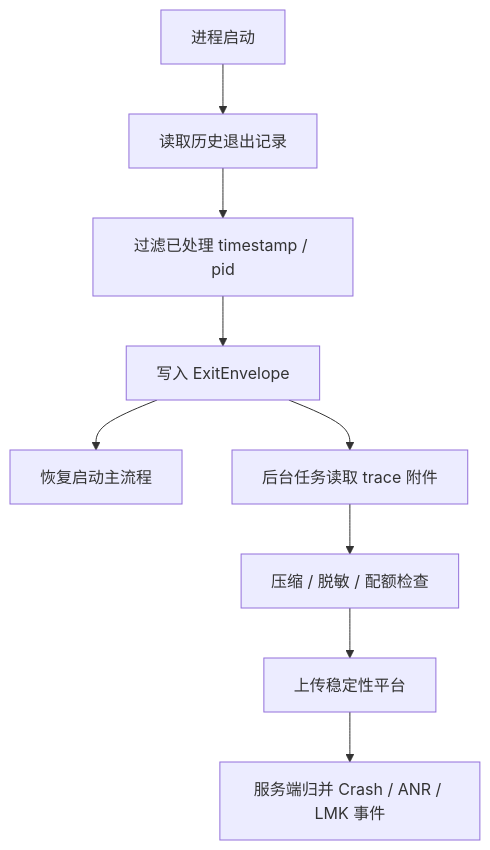
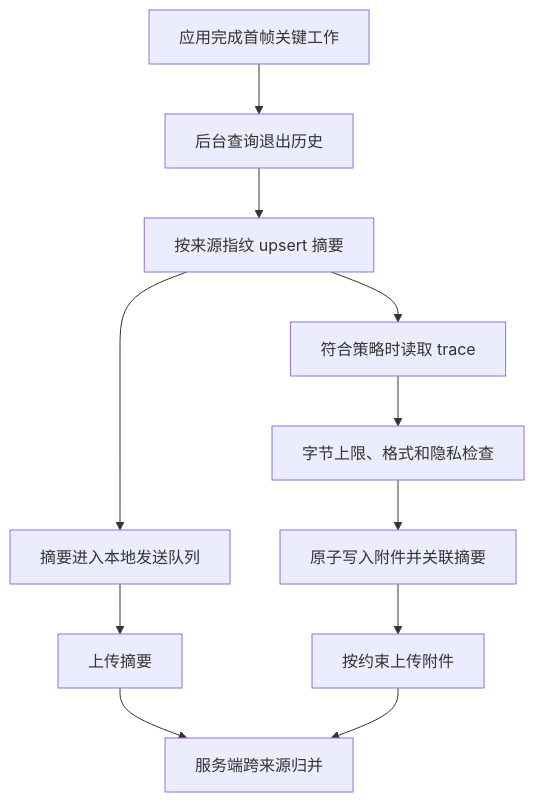
Before and after one commit to Gracker/android-internals-wiki: the diagram in src/part5-app/ch26-observability/09-application-exit-info.md, drawn with Mermaid. The commit also changed other lines of this file, not shown here.

Commit message:
docs(ch26): correct Android 17 process exit attribution

````diff
--- a/src/part5-app/ch26-observability/09-application-exit-info.md
+++ b/src/part5-app/ch26-observability/09-application-exit-info.md
@@ -247,11 +260,13 @@
 ```mermaid
 flowchart TD
-  A[进程启动] --> B[读取历史退出记录]
-  B --> C[过滤已处理 timestamp / pid]
-  C --> D[写入 ExitEnvelope]
-  D --> E[恢复启动主流程]
-  D --> F[后台任务读取 trace 附件]
-  F --> G[压缩 / 脱敏 / 配额检查]
-  G --> H[上传稳定性平台]
-  H --> I[服务端归并 Crash / ANR / LMK 事件]
+  A[应用完成首帧关键工作] --> B[后台查询退出历史]
+  B --> C[按来源指纹 upsert 摘要]
+  C --> D[摘要进入本地发送队列]
+  C --> E[符合策略时读取 trace]
+  E --> F[字节上限、格式和隐私检查]
+  F --> G[原子写入附件并关联摘要]
+  D --> H[上传摘要]
+  G --> I[按约束上传附件]
+  H --> J[服务端跨来源归并]
+  I --> J
 ```
````
